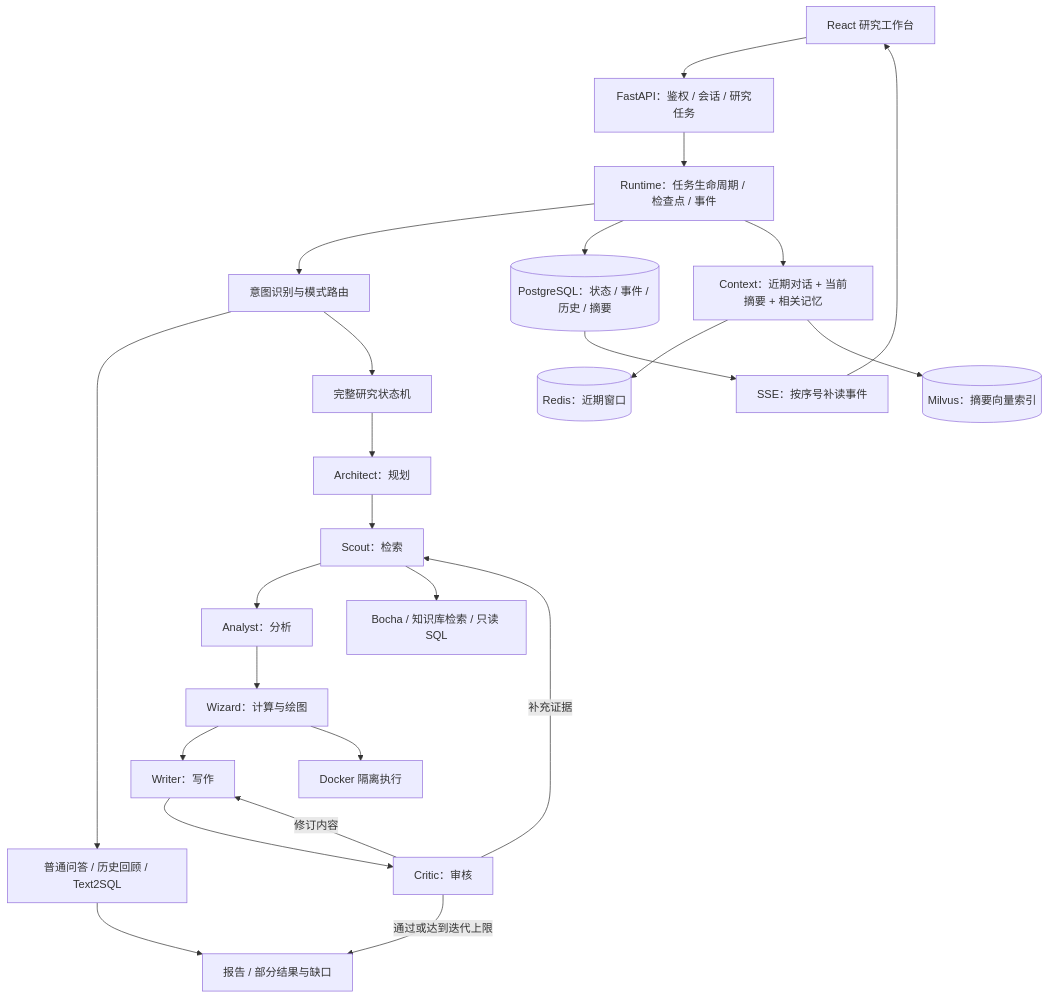
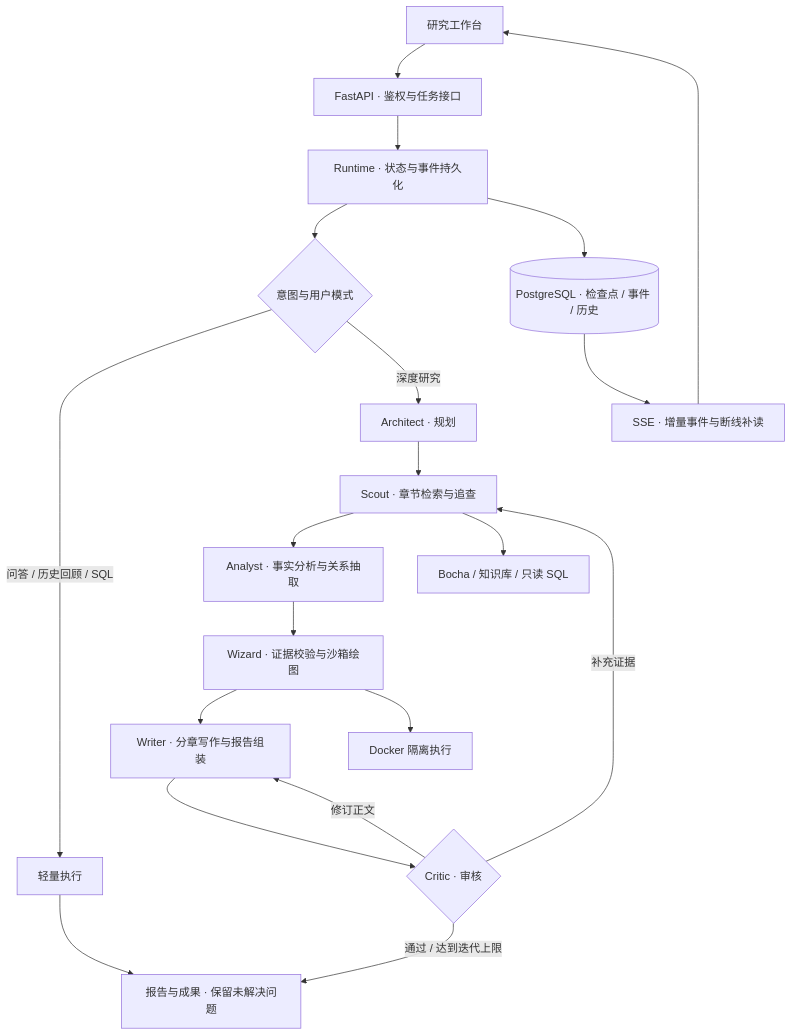
Before and after one commit to zxl091/deep-research: the diagram in README.md, drawn with Mermaid. The commit also changed other lines of this file and 7 other files, not shown here.

First line of the commit message:
docs: rewrite README around architecture and verified boundaries

````diff
--- a/README.md
+++ b/README.md
@@ -28,26 +33,22 @@
 ```mermaid
 flowchart TB
-    UI[React 研究工作台] --> API[FastAPI：鉴权 / 会话 / 研究任务]
-    API --> RT[Runtime：任务生命周期 / 检查点 / 事件]
-    RT --> INTENT[意图识别与模式路由]
-    INTENT --> LIGHT[普通问答 / 历史回顾 / Text2SQL]
-    INTENT --> FULL[完整研究状态机]
-    FULL --> PLAN[Architect：规划]
-    PLAN --> SEARCH[Scout：检索]
-    SEARCH --> ANALYZE[Analyst：分析]
-    ANALYZE --> CHART[Wizard：计算与绘图]
-    CHART --> WRITE[Writer：写作]
-    WRITE --> REVIEW[Critic：审核]
-    REVIEW -->|补充证据| SEARCH
-    REVIEW -->|修订内容| WRITE
-    REVIEW -->|通过或达到迭代上限| RESULT[报告 / 部分结果与缺口]
-    LIGHT --> RESULT
-    RT --> PG[(PostgreSQL：状态 / 事件 / 历史 / 摘要)]
-    PG --> SSE[SSE：按序号补读事件]
-    SSE --> UI
-    RT --> CTX[Context：近期对话 + 当前摘要 + 相关记忆]
-    CTX --> REDIS[(Redis：近期窗口)]
-    CTX --> MV[(Milvus：摘要向量索引)]
-    SEARCH --> TOOLS[Bocha / 知识库检索 / 只读 SQL]
-    CHART --> BOX[Docker 隔离执行]
+    UI[研究工作台] --> API[FastAPI · 鉴权与任务接口]
+    API --> R[Runtime · 状态与事件持久化]
+    R --> I{意图与用户模式}
+    I -->|问答 / 历史回顾 / SQL| Q[轻量执行]
+    I -->|深度研究| P[Architect · 规划]
+    P --> S[Scout · 章节检索与追查]
+    S --> A[Analyst · 事实分析与关系抽取]
+    A --> C[Wizard · 证据校验与沙箱绘图]
+    C --> W[Writer · 分章写作与报告组装]
+    W --> V{Critic · 审核}
+    V -->|补充证据| S
+    V -->|修订正文| W
+    V -->|通过 / 达到迭代上限| O[报告与成果 · 保留未解决问题]
+    Q --> O
+    R --> DB[(PostgreSQL · 检查点 / 事件 / 历史)]
+    DB --> E[SSE · 增量事件与断线补读]
+    E --> UI
+    S --> T[Bocha / 知识库 / 只读 SQL]
+    C --> D[Docker 隔离执行]
 ```
````
